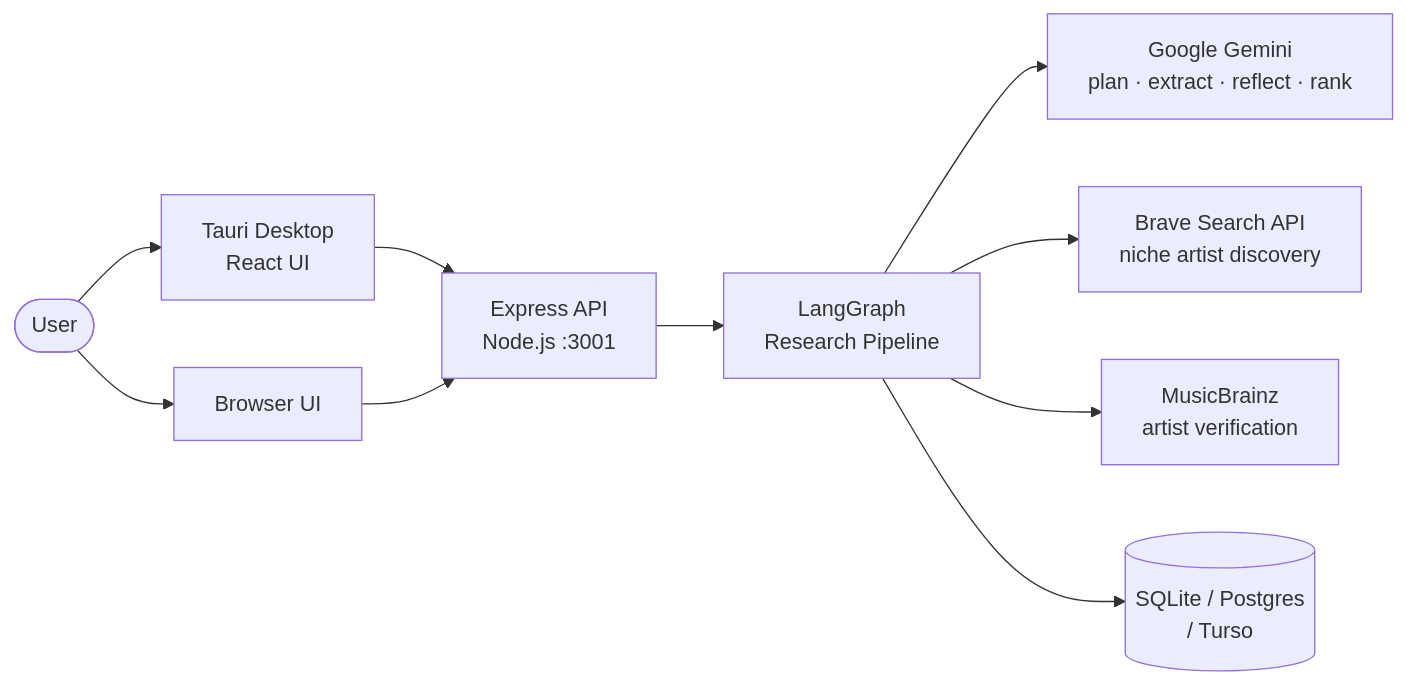
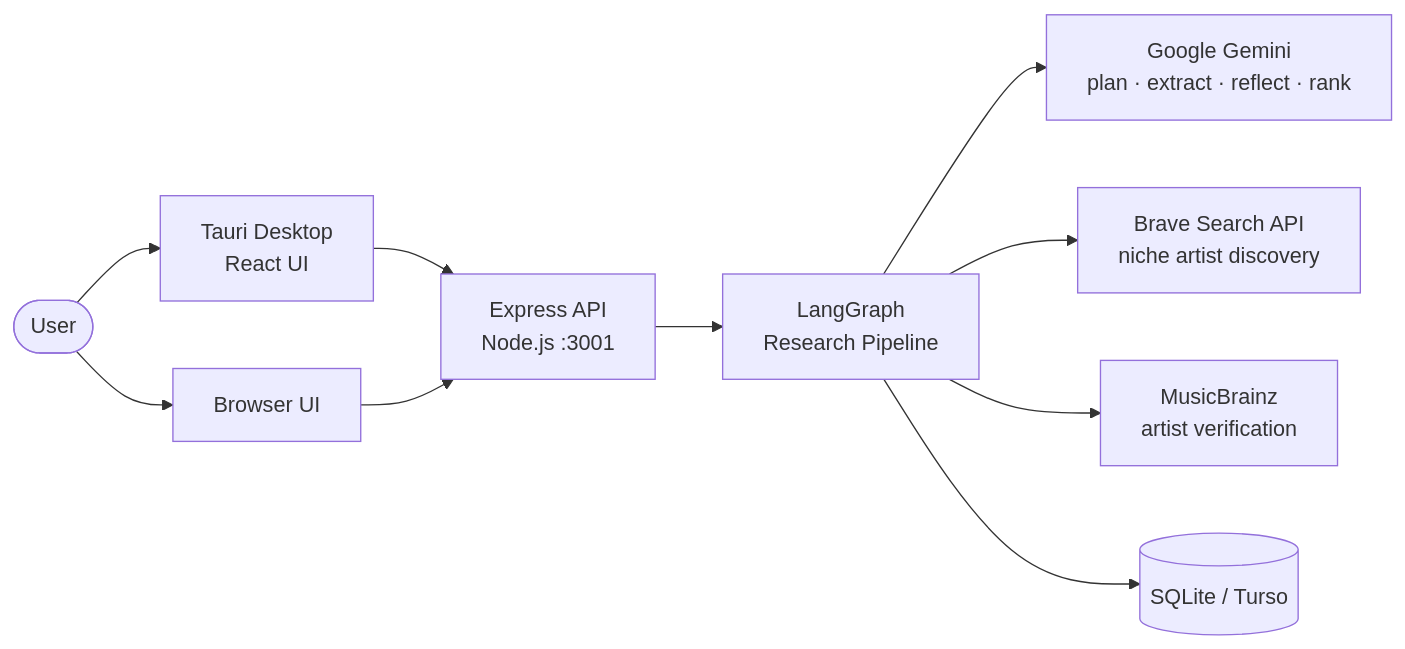
The first of 5 diagrams in docs/architecture/ARCHITECTURE.md (eikrad/bandsearch-app), drawn with Mermaid before and after one commit. The commit also changed other lines of this file and 15 other files, not shown here.

````diff
--- a/docs/architecture/ARCHITECTURE.md
+++ b/docs/architecture/ARCHITECTURE.md
@@ -11,12 +11,12 @@
 ```mermaid
 graph LR
     USER([User]) --> DESK[Tauri Desktop\nReact UI]
     USER --> BROWSER[Browser UI]
     DESK --> API[Express API\nNode.js :3001]
     BROWSER --> API
     API --> GRAPH[LangGraph\nResearch Pipeline]
     GRAPH --> GEMINI[Google Gemini\nplan · extract · reflect · rank]
     GRAPH --> BRAVE[Brave Search API\nniche artist discovery]
     GRAPH --> MB[MusicBrainz\nartist verification]
-    GRAPH --> DB[(SQLite / Postgres\n/ Turso)]
+    GRAPH --> DB[(SQLite / Turso)]
 ```
````
